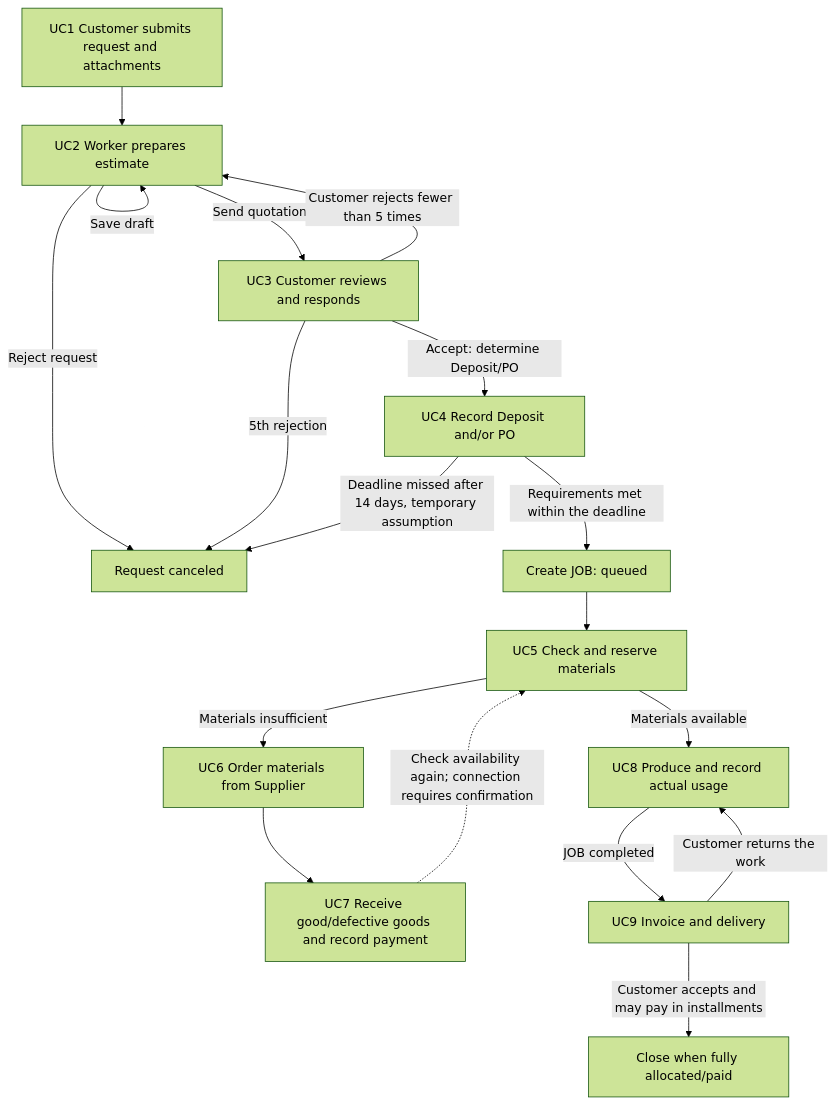
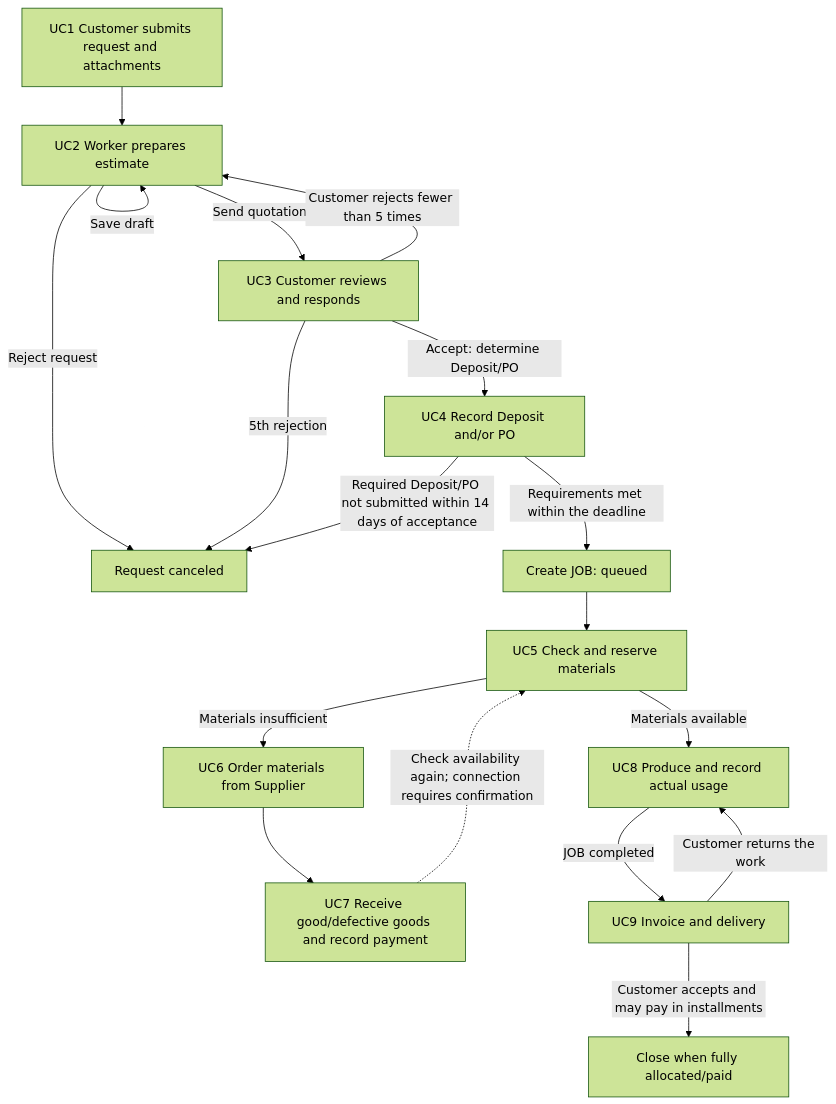
One commit to 01418321-SA-Lathe-Shop/sa-lathe-shop-fe changed the diagram in docs/02-frontend.md. Above: the diagram before and after it, drawn with Mermaid (forest theme). The commit also changed other lines of this file and 3 other files, not shown here.

````diff
--- a/docs/02-frontend.md
+++ b/docs/02-frontend.md
@@ -18,20 +18,20 @@
 ```mermaid
 flowchart TD
   UC1[UC1 Customer submits request and attachments] --> UC2[UC2 Worker prepares estimate]
   UC2 -->|Send quotation| UC3[UC3 Customer reviews and responds]
   UC2 -->|Save draft| UC2
   UC2 -->|Reject request| CANCELED[Request canceled]
   UC3 -->|Customer rejects fewer than 5 times| UC2
   UC3 -->|5th rejection| CANCELED
   UC3 -->|Accept: determine Deposit/PO| UC4[UC4 Record Deposit and/or PO]
   UC4 -->|Requirements met within the deadline| JOB[Create JOB: queued]
-  UC4 -->|Deadline missed after 14 days, temporary assumption| CANCELED
+  UC4 -->|Required Deposit/PO not submitted within 14 days of acceptance| CANCELED
   JOB --> UC5[UC5 Check and reserve materials]
   UC5 -->|Materials available| UC8[UC8 Produce and record actual usage]
   UC5 -->|Materials insufficient| UC6[UC6 Order materials from Supplier]
   UC6 --> UC7[UC7 Receive good/defective goods and record payment]
   UC7 -.->|Check availability again; connection requires confirmation| UC5
   UC8 -->|JOB completed| UC9[UC9 Invoice and delivery]
   UC9 -->|Customer returns the work| UC8
   UC9 -->|Customer accepts and may pay in installments| DONE[Close when fully allocated/paid]
 ```
````
